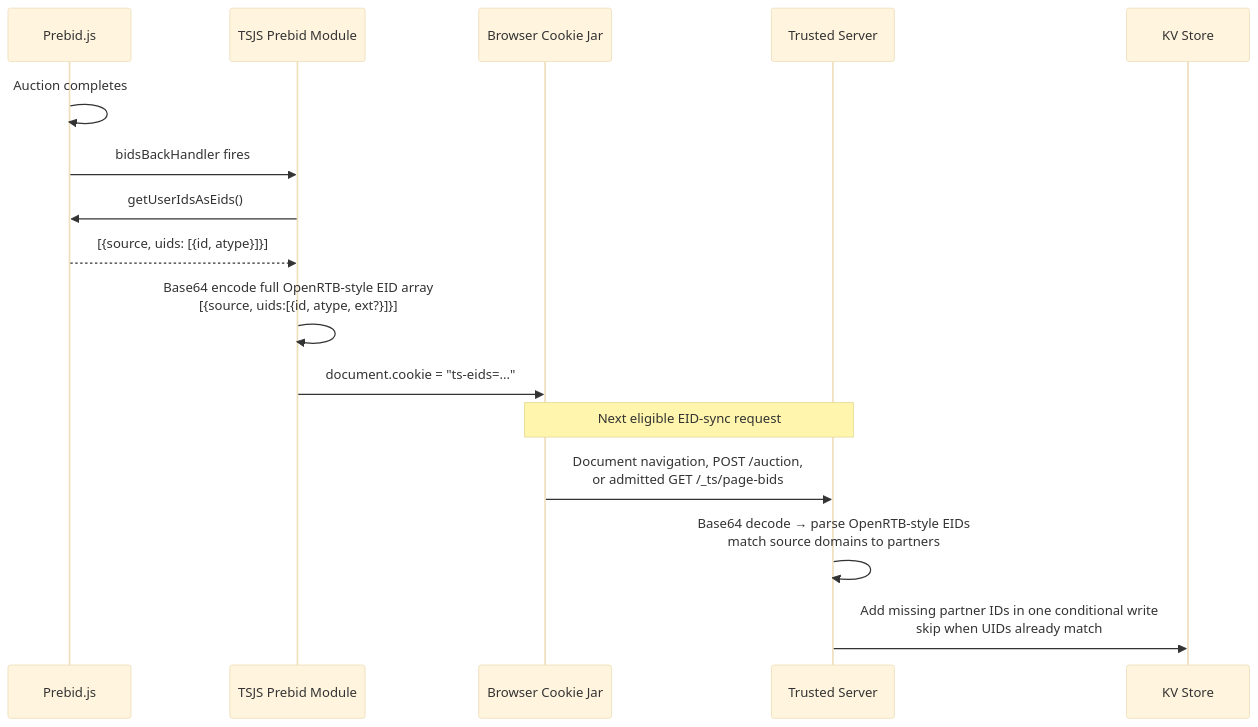
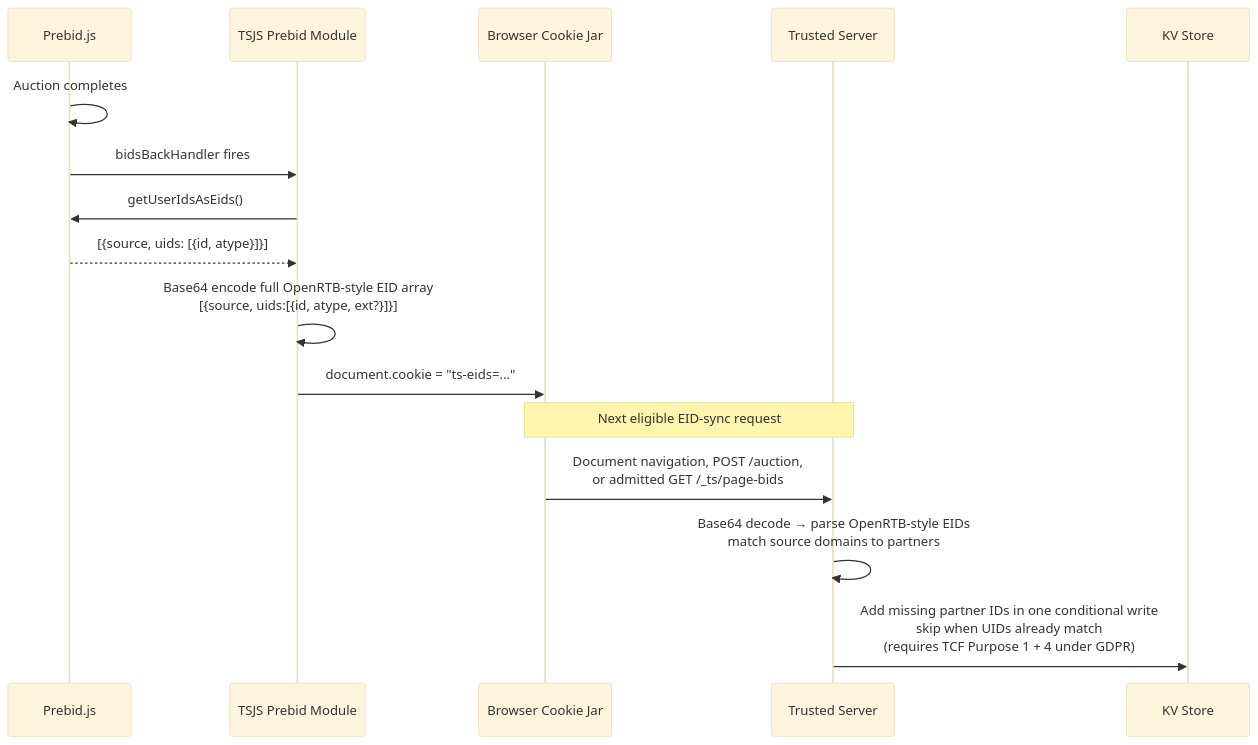
The fifth of 6 diagrams in docs/guide/edge-cookies.md (IABTechLab/trusted-server), drawn with Mermaid (base theme) before and after one commit. The commit also changed other lines of this file and 13 other files, not shown here.

````diff
--- a/docs/guide/edge-cookies.md
+++ b/docs/guide/edge-cookies.md
@@ -153,20 +161,20 @@
 ```mermaid
 sequenceDiagram
     participant Prebid as Prebid.js
     participant TSJS as TSJS Prebid Module
     participant B as Browser Cookie Jar
     participant TS as Trusted Server
     participant KV as KV Store
 
     Prebid->>Prebid: Auction completes
     Prebid->>TSJS: bidsBackHandler fires
     TSJS->>Prebid: getUserIdsAsEids()
     Prebid-->>TSJS: [{source, uids: [{id, atype}]}]
     TSJS->>TSJS: Base64 encode full OpenRTB-style EID array<br/>[{source, uids:[{id, atype, ext?}]}]
     TSJS->>B: document.cookie = "ts-eids=..."
 
     Note over B,TS: Next eligible EID-sync request
     B->>TS: Document navigation, POST /auction,<br/>or admitted GET /_ts/page-bids
     TS->>TS: Base64 decode → parse OpenRTB-style EIDs<br/>match source domains to partners
-    TS->>KV: Add missing partner IDs in one conditional write<br/>skip when UIDs already match
+    TS->>KV: Add missing partner IDs in one conditional write<br/>skip when UIDs already match<br/>(requires TCF Purpose 1 + 4 under GDPR)
 ```
````
